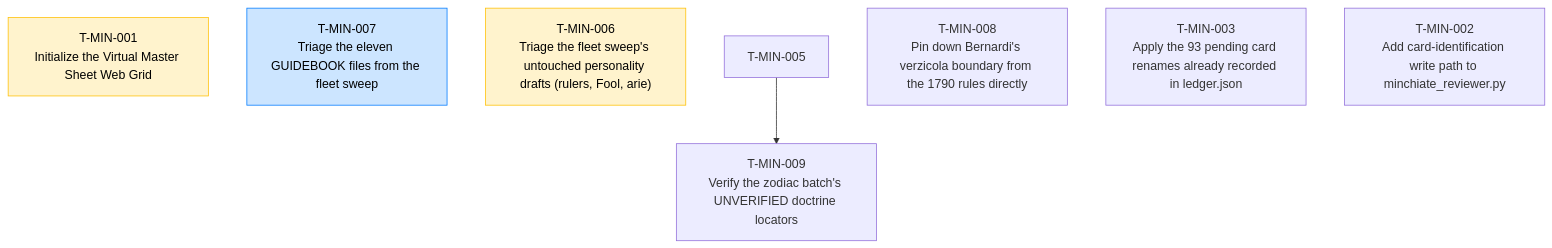
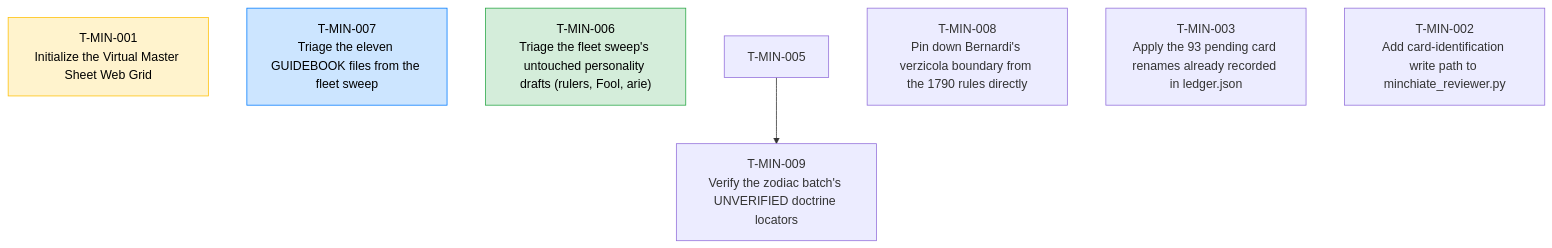
The diagram in TASKS.md (wgmilleriii/task_coordinator), drawn with Mermaid before and after one commit. The commit also changed other lines of this file and 3 other files, not shown here.

Commit message:
review: T-MIN-006 PASS — fleet-sweep triage verified; 1 KEEP / 9 REWRITE bins confirmed at source, task DONE

````diff
--- a/TASKS.md
+++ b/TASKS.md
@@ -7,15 +7,15 @@
 ```mermaid
 graph TD
     classDef done fill:#d4edda,stroke:#28a745,color:#000;
     classDef blocked fill:#f8d7da,stroke:#dc3545,color:#000;
     classDef review fill:#fff3cd,stroke:#ffc107,color:#000;
     classDef active fill:#cce5ff,stroke:#007bff,color:#000;
     T-MIN-001["T-MIN-001<br/>Initialize the Virtual Master Sheet Web Grid"]:::review
     T-MIN-007["T-MIN-007<br/>Triage the eleven GUIDEBOOK files from the fleet sweep"]:::active
-    T-MIN-006["T-MIN-006<br/>Triage the fleet sweep's untouched personality drafts (rulers, Fool, arie)"]:::review
+    T-MIN-006["T-MIN-006<br/>Triage the fleet sweep's untouched personality drafts (rulers, Fool, arie)"]:::done
     T-MIN-009["T-MIN-009<br/>Verify the zodiac batch's UNVERIFIED doctrine locators"]
     T-MIN-005 --> T-MIN-009
     T-MIN-008["T-MIN-008<br/>Pin down Bernardi's verzicola boundary from the 1790 rules directly"]
     T-MIN-003["T-MIN-003<br/>Apply the 93 pending card renames already recorded in ledger.json"]
     T-MIN-002["T-MIN-002<br/>Add card-identification write path to minchiate_reviewer.py"]
 ```
````
